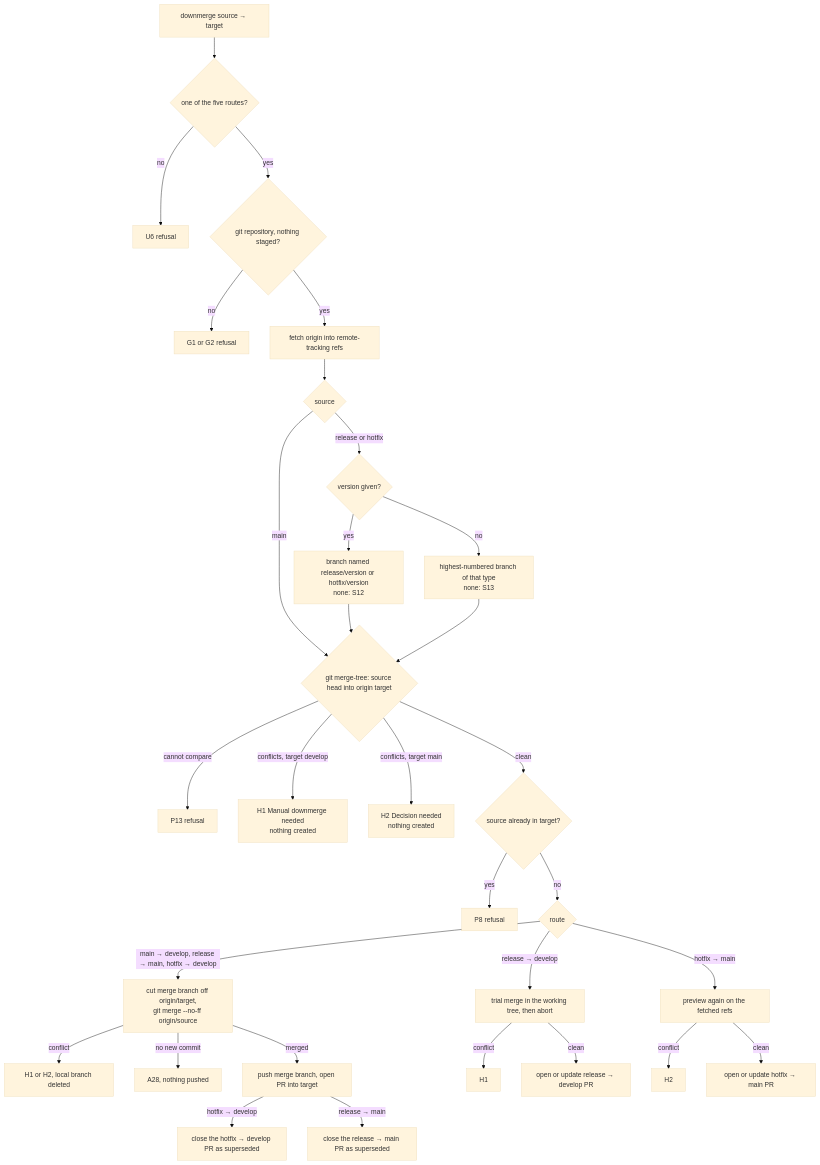
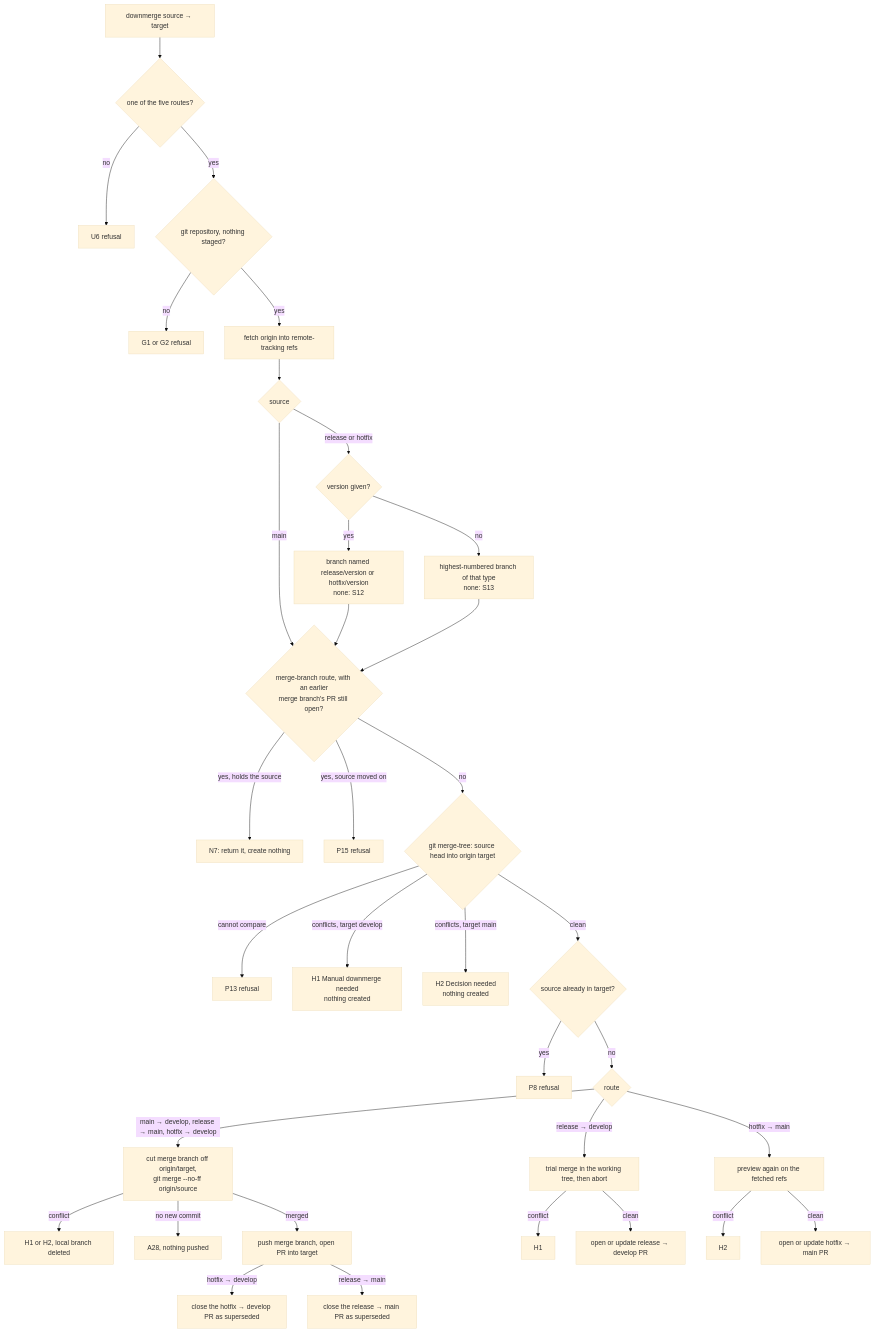
Before and after one commit to officespacesoftware/versioner: the fourth of 6 diagrams in docs/flows.md, drawn with Mermaid (base theme). The commit also changed 10 other files, not shown here.

First line of the commit message:
Return the open pull request when a merge-branch downmerge runs again, instead of opening a second

````diff
--- a/docs/flows.md
+++ b/docs/flows.md
@@ -109,34 +109,38 @@
 ```mermaid
 flowchart TD
   START["downmerge source → target"] --> ROUTE{"one of the five routes?"}
   ROUTE -->|no| U6["U6 refusal"]
   ROUTE -->|yes| GUARD{"git repository, nothing staged?"}
   GUARD -->|no| G["G1 or G2 refusal"]
   GUARD -->|yes| FETCHO["fetch origin into remote-tracking refs"]
   FETCHO --> SRC{"source"}
-  SRC -->|main| PREVIEW
+  SRC -->|main| EARLIER
   SRC -->|"release or hotfix"| SEL{"version given?"}
   SEL -->|yes| BYNAME["branch named release/version or hotfix/version<br/>none: S12"]
   SEL -->|no| NEWEST["highest-numbered branch of that type<br/>none: S13"]
-  BYNAME --> PREVIEW
-  NEWEST --> PREVIEW
+  BYNAME --> EARLIER
+  NEWEST --> EARLIER
+  EARLIER{"merge-branch route, with an earlier<br/>merge branch's PR still open?"}
+  EARLIER -->|"yes, holds the source"| N7["N7: return it, create nothing"]
+  EARLIER -->|"yes, source moved on"| P15["P15 refusal"]
+  EARLIER -->|no| PREVIEW
   PREVIEW{"git merge-tree: source head into origin target"}
   PREVIEW -->|cannot compare| P13["P13 refusal"]
   PREVIEW -->|"conflicts, target develop"| H1["H1 Manual downmerge needed<br/>nothing created"]
   PREVIEW -->|"conflicts, target main"| H2["H2 Decision needed<br/>nothing created"]
   PREVIEW -->|clean| ANC{"source already in target?"}
   ANC -->|yes| P8["P8 refusal"]
   ANC -->|no| KIND{"route"}
   KIND -->|"main → develop, release → main, hotfix → develop"| MB["cut merge branch off origin/target,<br/>git merge --no-ff origin/source"]
   MB -->|conflict| HX["H1 or H2, local branch deleted"]
   MB -->|no new commit| A28["A28, nothing pushed"]
   MB -->|merged| PUSH["push merge branch, open PR into target"]
   PUSH -->|"hotfix → develop"| CLOSE["close the hotfix → develop PR as superseded"]
   PUSH -->|"release → main"| CLOSER["close the release → main PR as superseded"]
   KIND -->|"release → develop"| TRIAL["trial merge in the working tree, then abort"]
   TRIAL -->|conflict| H1B["H1"]
   TRIAL -->|clean| DPR["open or update release → develop PR"]
   KIND -->|"hotfix → main"| FETCH["preview again on the fetched refs"]
   FETCH -->|conflict| H2B["H2"]
   FETCH -->|clean| HPR["open or update hotfix → main PR"]
 ```
````
